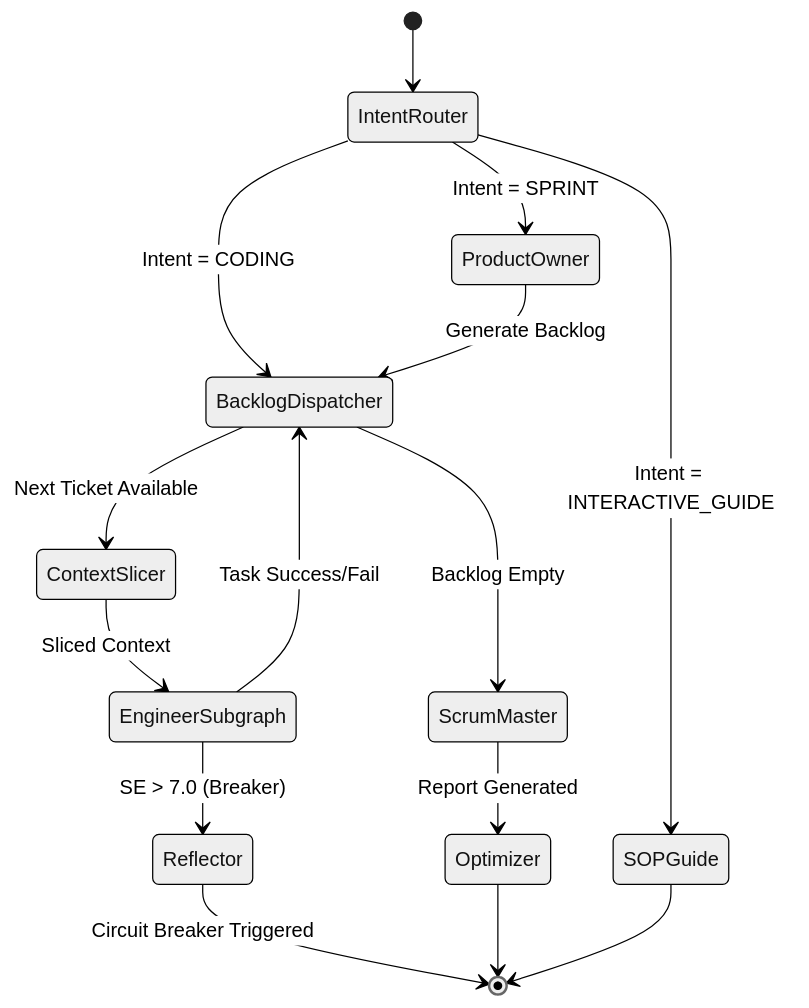
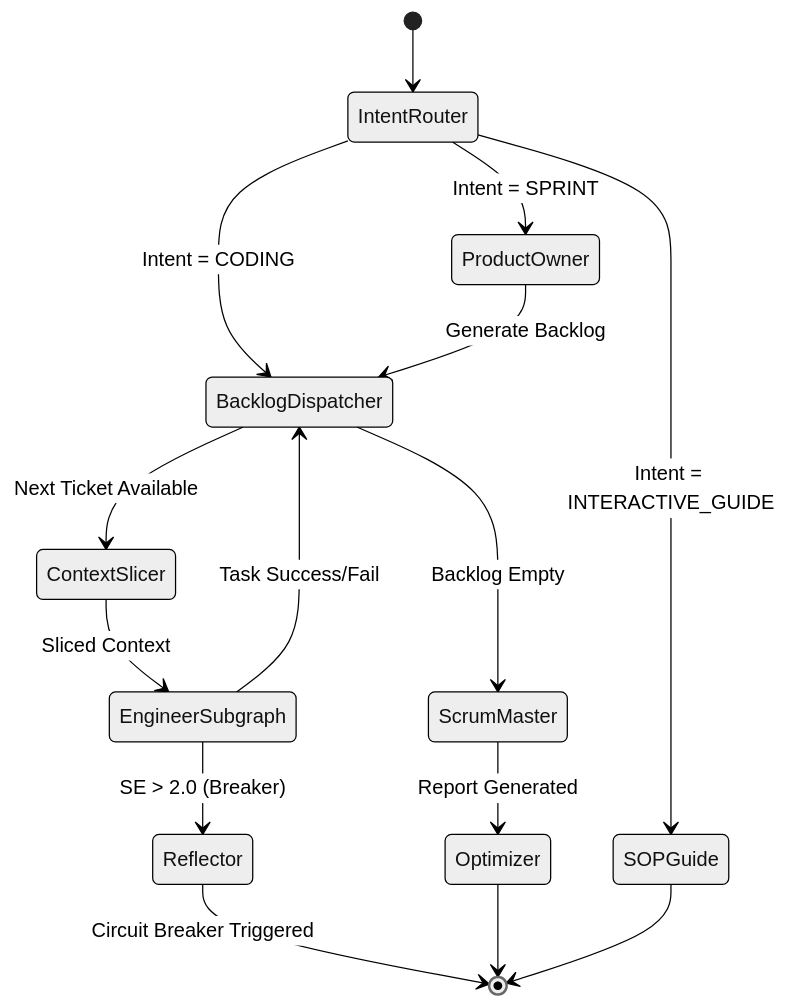
One commit to jonaschen/ai-bsp-agent changed the second of 3 diagrams in DESIGN.md. Above: the diagram before and after it, drawn with Mermaid (neutral theme). The commit also changed other lines of this file and 20 other files, not shown here.

````diff
--- a/DESIGN.md
+++ b/DESIGN.md
@@ -120,25 +120,25 @@
 ```mermaid
 stateDiagram-v2
     [*] --> IntentRouter
 
     IntentRouter --> ProductOwner: Intent = SPRINT
     IntentRouter --> BacklogDispatcher: Intent = CODING
     IntentRouter --> SOPGuide: Intent = INTERACTIVE_GUIDE
 
     ProductOwner --> BacklogDispatcher: Generate Backlog
 
     state BacklogDispatcher <<choice>>
     BacklogDispatcher --> ContextSlicer: Next Ticket Available
     BacklogDispatcher --> ScrumMaster: Backlog Empty
 
     ContextSlicer --> EngineerSubgraph: Sliced Context
 
     EngineerSubgraph --> BacklogDispatcher: Task Success/Fail
 
-    EngineerSubgraph --> Reflector: SE > 7.0 (Breaker)
+    EngineerSubgraph --> Reflector: SE > 2.0 (Breaker)
     Reflector --> [*]: Circuit Breaker Triggered
 
     ScrumMaster --> Optimizer: Report Generated
     Optimizer --> [*]
     SOPGuide --> [*]
 ```
````
